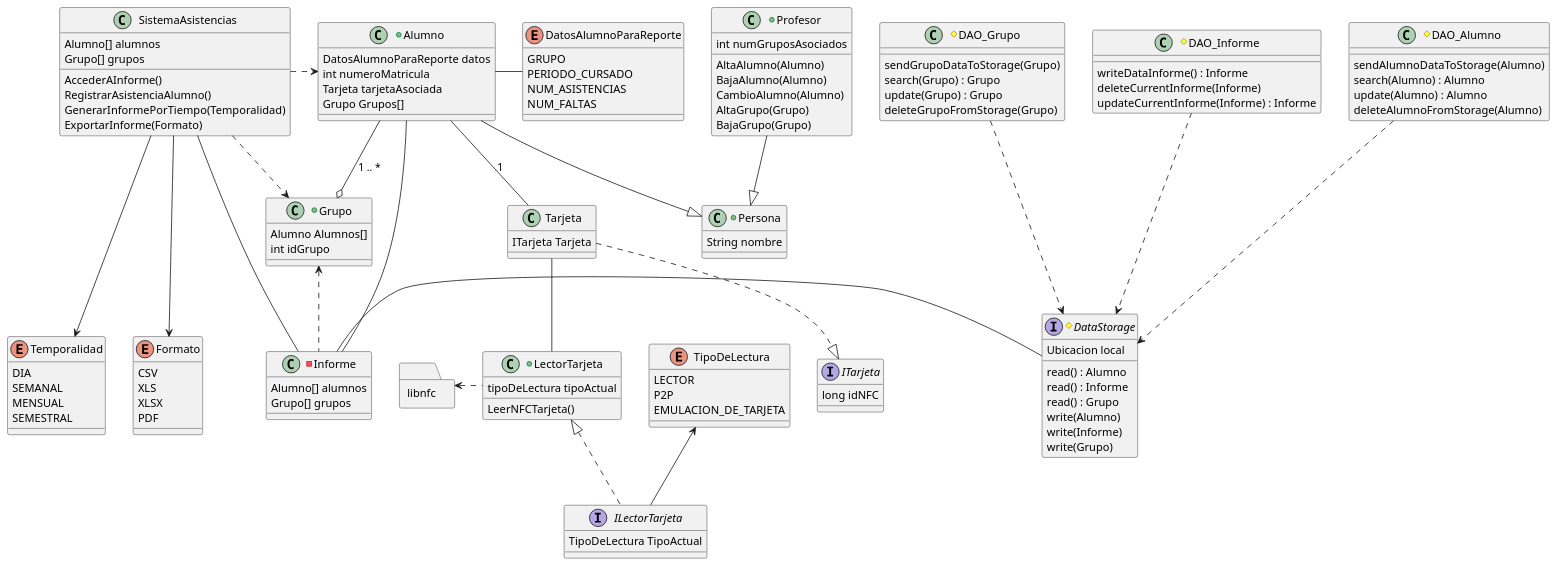
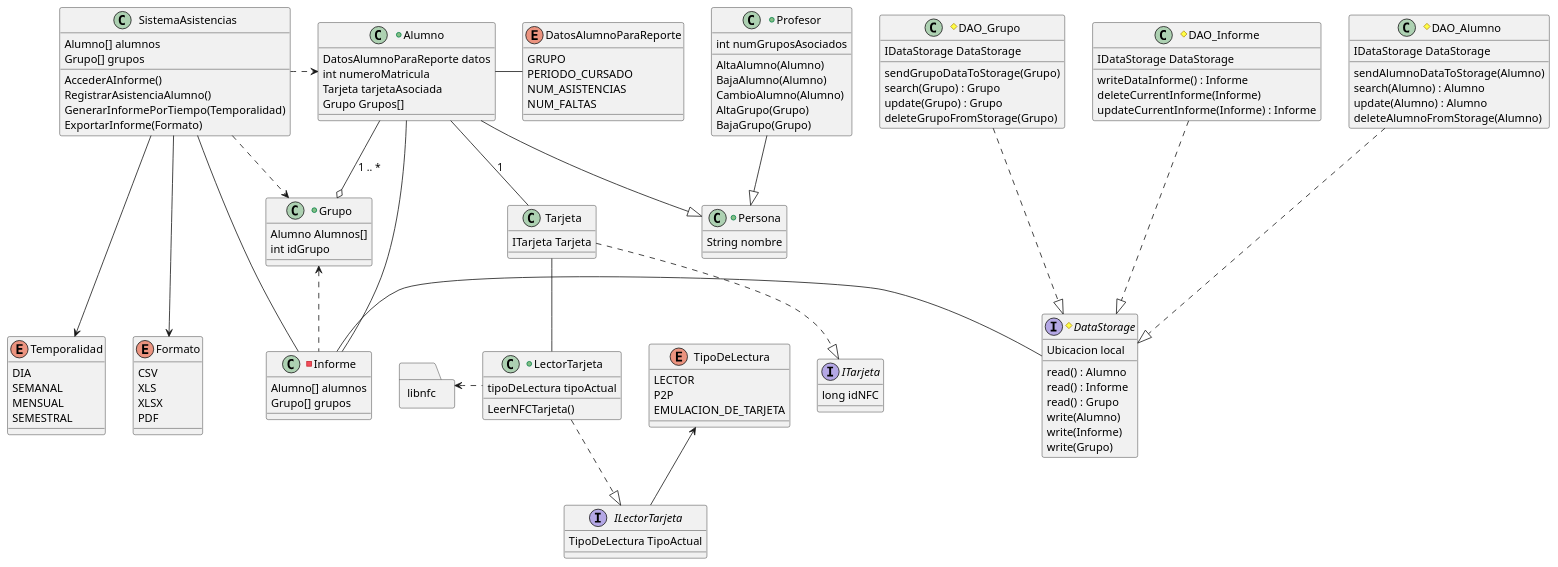
The diagram in Diseño/Diseño/3.Diagrama de clases/diagramaClases.puml (GirTabAleph/ProyectoSistemas), drawn with PlantUML before and after one commit.

Commit message:
Relaciones modificadas, los DAOs ahora implementan la interfaz IDataStorage

```diff
--- a/Diseño/Diseño/3.Diagrama de clases/diagramaClases.puml
+++ b/Diseño/Diseño/3.Diagrama de clases/diagramaClases.puml
@@ -1,8 +1,5 @@
 @startuml
-'Este archivo contiene en texto plano el código necesario para generar el diagrama de clases del sistema.
-
-
-'Modificaciones: Se incluyó a libnfc dentro del diagrama.
+'Este archivo contiene el código necesario para generar el diagrama de clases del sistema.
 
 'Un módulo para raspberry pi tiene estos tres modos. Los tomaremos como referencia.
 enum TipoDeLectura{
@@ -133,7 +130,7 @@
 
 #class DAO_Alumno{
 
-'El DAO es exclusivamente métodos.
+IDataStorage DataStorage
 
 sendAlumnoDataToStorage(Alumno)
 search(Alumno) : Alumno
@@ -144,6 +141,8 @@
 
 #class DAO_Grupo{
 
+IDataStorage DataStorage
+
 sendGrupoDataToStorage(Grupo)
 search(Grupo) : Grupo
 update(Grupo) : Grupo
@@ -152,6 +151,8 @@
 }
 
 #class DAO_Informe{
+
+IDataStorage DataStorage
 
 writeDataInforme() : Informe
 deleteCurrentInforme(Informe)
@@ -172,7 +173,7 @@
 TipoDeLectura <-- ILectorTarjeta
 
 Tarjeta ..|> ITarjeta
-LectorTarjeta <|.. ILectorTarjeta
+LectorTarjeta ..|> ILectorTarjeta
 
 
 'Para este sistema un alumno solo puede tener una tarjeta a menos que deba hacer el reemplazo.
@@ -199,10 +200,10 @@
 SistemaAsistencias .> Grupo
 SistemaAsistencias -- Informe
 
-'Un cambio en DataStorage cambia el funcionamiento de los DAOs.
-DAO_Alumno ...> DataStorage
-DAO_Grupo ...> DataStorage
-DAO_Informe ...> DataStorage
+'Un cambio en DataStorage cambia el funcionamiento de los DAOs. Además deben implementar a IDataStorage
+DAO_Alumno ...|> DataStorage
+DAO_Grupo ...|> DataStorage
+DAO_Informe ...|> DataStorage
 
 Informe - DataStorage
 Informe - Alumno
```
